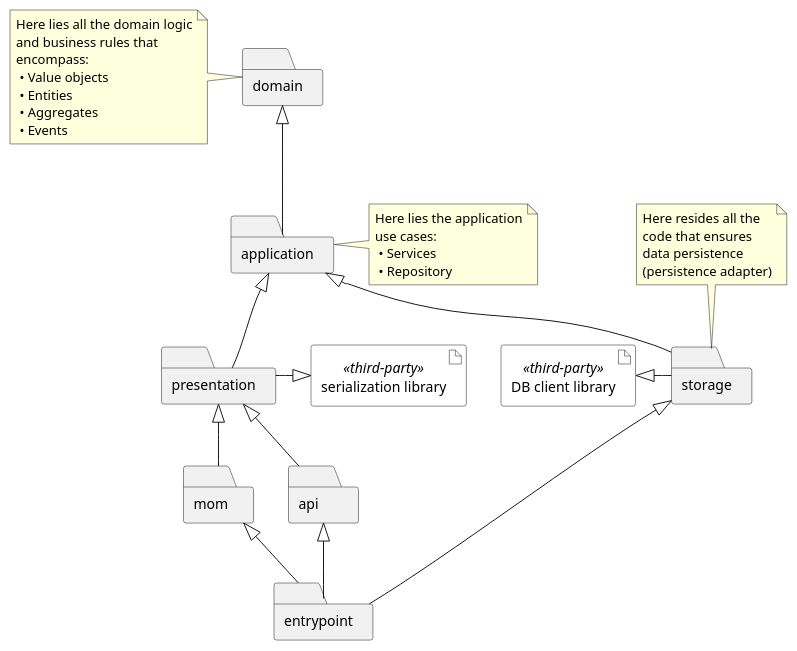
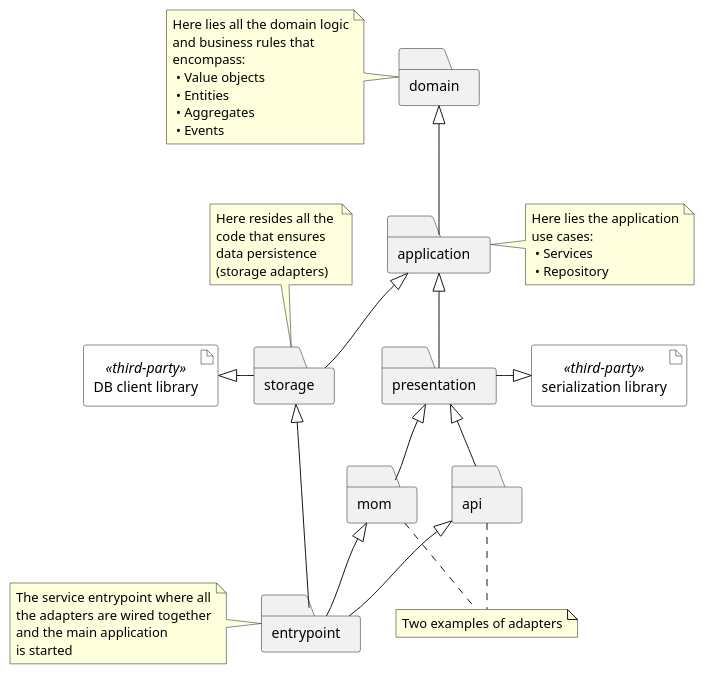
Before and after one commit to position-pal/Documentation: the third of 3 diagrams in content/docs/3-arch-design/2-architecture-design.md, drawn with PlantUML. The commit also changed other lines of this file and 3 other files, not shown here.

````diff
--- a/content/docs/3-arch-design/2-architecture-design.md
+++ b/content/docs/3-arch-design/2-architecture-design.md
@@ -127,56 +124,66 @@
 ```plantuml
 @startuml hexagonal-architecture
 
 skinparam artifact {
     BackgroundColor<<third-party>> white
 }
 
 folder domain
 note left of domain
     Here lies all the domain logic
     and business rules that
     encompass:
      • Value objects
      • Entities
      • Aggregates
      • Events
 end note
 
 folder application
 note right of application
     Here lies the application
     use cases:
      • Services
      • Repository
 end note
 
 folder storage
 note top of storage
     Here resides all the 
     code that ensures 
     data persistence 
-    (persistence adapter)
+    (storage adapters)
 end note
 artifact "DB client library" <<third-party>> as DB_LIB
 storage -left-|> DB_LIB
 
 folder presentation
 artifact "serialization library" <<third-party>> as SERIALIZATION_LIB
 presentation -right-|> SERIALIZATION_LIB
 
 folder mom
 folder api
 
 application -up-|> domain
 storage -up-|> application
 presentation -up-|> application
 mom -up-|> presentation
 api -up-|> presentation
 
 folder entrypoint
+note left of entrypoint
+    The service entrypoint where all
+    the adapters are wired together
+    and the main application 
+    is started
+end note
 entrypoint -up-|> api
 entrypoint -up-|> mom
 entrypoint -up-|> storage
 
+note "Two examples of adapters" as AD
+api .. AD
+mom .. AD
+
 @enduml
 ```
````
